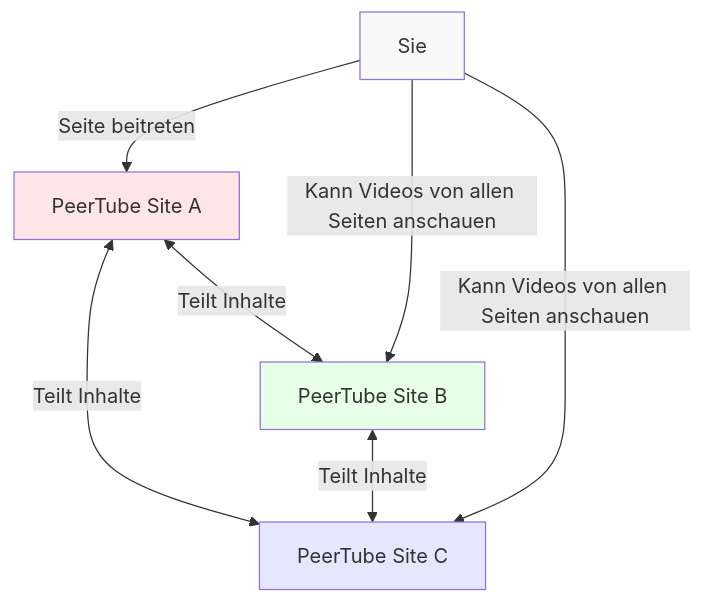
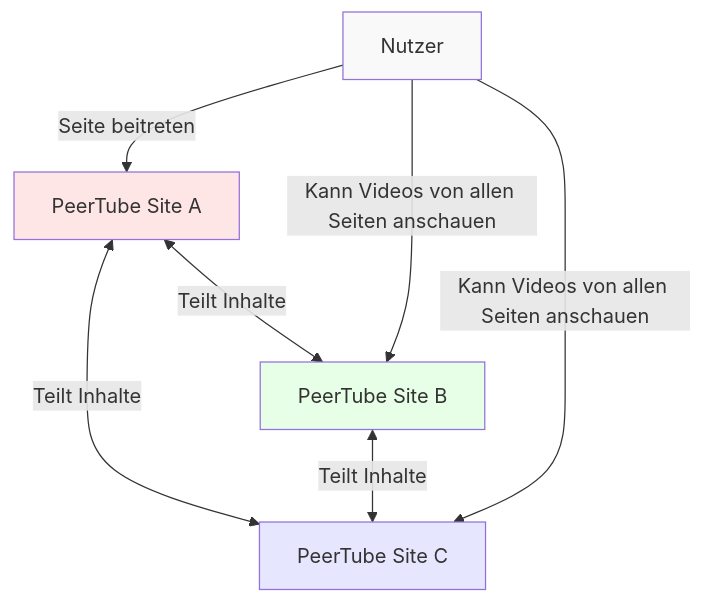
Before and after one commit to Y0ngg4n/peertube-presentation: the first of 5 diagrams in slides.md, drawn with Mermaid. The commit also changed other lines of this file, not shown here.

Commit message:
Add diagrams

````diff
--- a/slides.md
+++ b/slides.md
@@ -53,15 +53,15 @@
 ```mermaid
 graph TD
     A[PeerTube Site A] <-->|Teilt Inhalte| B[PeerTube Site B]
     A <-->|Teilt Inhalte| C[PeerTube Site C]
     B <-->|Teilt Inhalte| C
     
-    User1[Sie] -->|Seite beitreten| A
+    User1[Nutzer] -->|Seite beitreten| A
     User1 -->|Kann Videos von allen Seiten anschauen| B
     User1 -->|Kann Videos von allen Seiten anschauen| C
     
     style A fill:#ffe6e6
     style B fill:#e6ffe6
     style C fill:#e6e6ff
     style User1 fill:#f9f9f9
 ```
````
